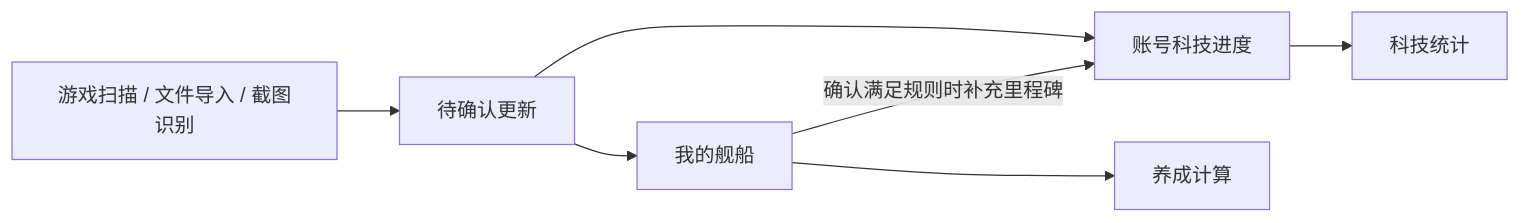
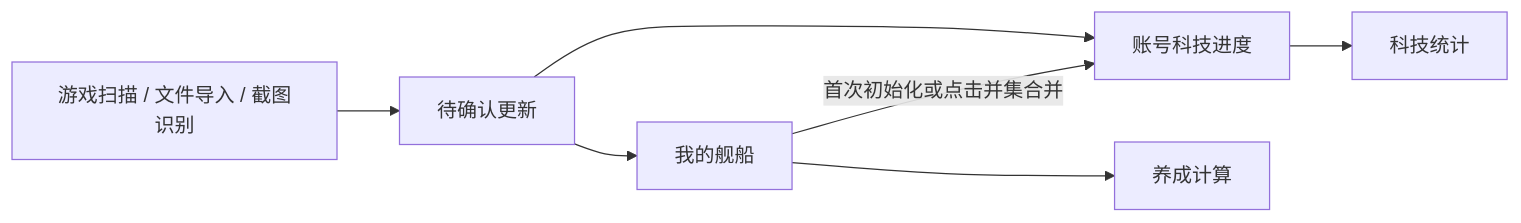
Before and after one commit to 361533652/AzurPilot: the diagram in docs/modules/webui/fleet-data-refactor-plan.md, drawn with Mermaid. The commit also changed other lines of this file and 15 other files, not shown here.

````diff
--- a/docs/modules/webui/fleet-data-refactor-plan.md
+++ b/docs/modules/webui/fleet-data-refactor-plan.md
@@ -51,9 +51,9 @@
 ```mermaid
 flowchart LR
     A[游戏扫描 / 文件导入 / 截图识别] --> B[待确认更新]
     B --> C[我的舰船]
     B --> D[账号科技进度]
-    C -->|确认满足规则时补充里程碑| D
+    C -->|首次初始化或点击并集合并| D
     C --> E[养成计算]
     D --> F[科技统计]
 ```
````
